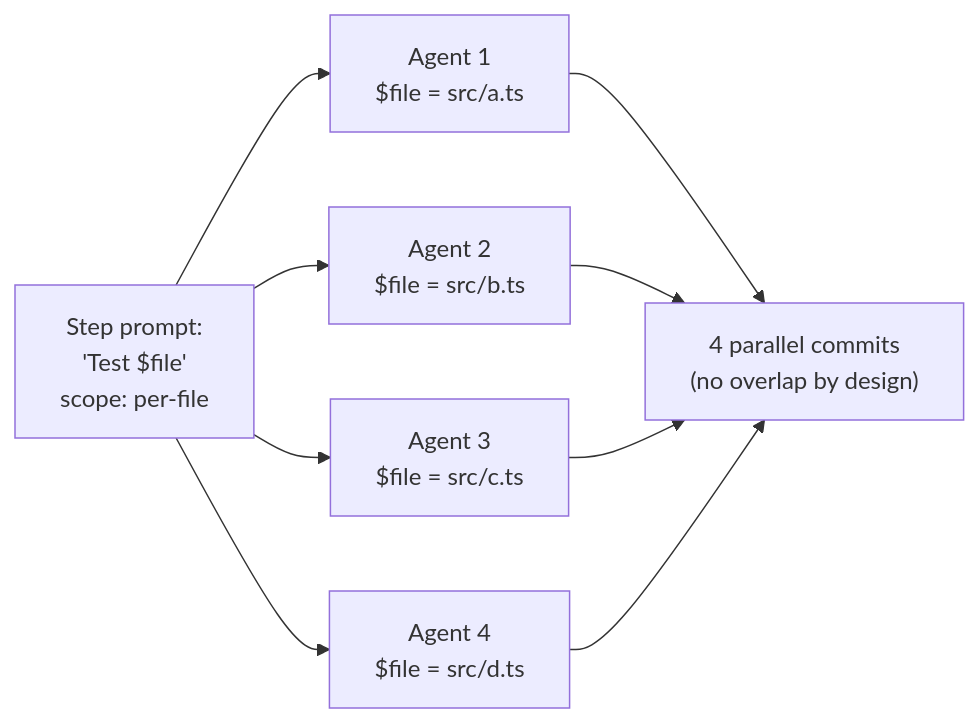
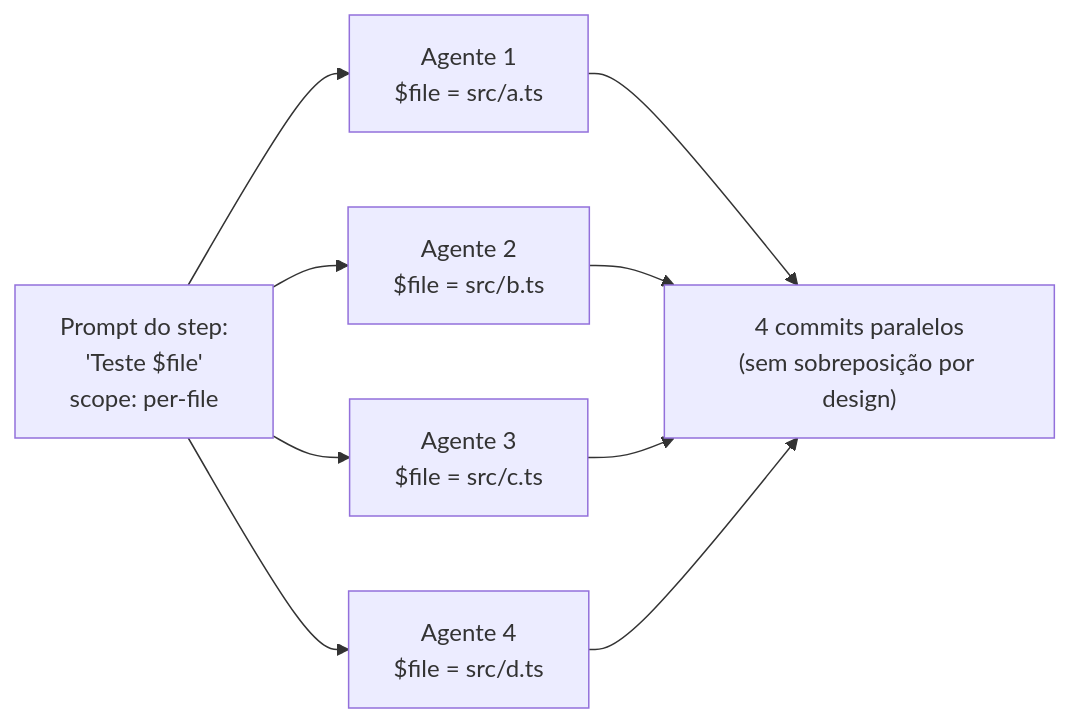
One commit to frederico-kluser/huu changed the second of 3 diagrams in README.md. Above: the diagram before and after it, drawn with Mermaid. The commit also changed other lines of this file and 17 other files, not shown here.

````diff
--- a/README.md
+++ b/README.md
@@ -81,12 +82,12 @@
 ```mermaid
 flowchart LR
-    P["Step prompt:<br/>'Test $file'<br/>scope: per-file"]
-    P --> A1["Agent 1<br/>$file = src/a.ts"]
-    P --> A2["Agent 2<br/>$file = src/b.ts"]
-    P --> A3["Agent 3<br/>$file = src/c.ts"]
-    P --> A4["Agent 4<br/>$file = src/d.ts"]
-    A1 --> Out["4 parallel commits<br/>(no overlap by design)"]
+    P["Prompt do step:<br/>'Teste $file'<br/>scope: per-file"]
+    P --> A1["Agente 1<br/>$file = src/a.ts"]
+    P --> A2["Agente 2<br/>$file = src/b.ts"]
+    P --> A3["Agente 3<br/>$file = src/c.ts"]
+    P --> A4["Agente 4<br/>$file = src/d.ts"]
+    A1 --> Out["4 commits paralelos<br/>(sem sobreposição por design)"]
     A2 --> Out
     A3 --> Out
     A4 --> Out
 ```
````
